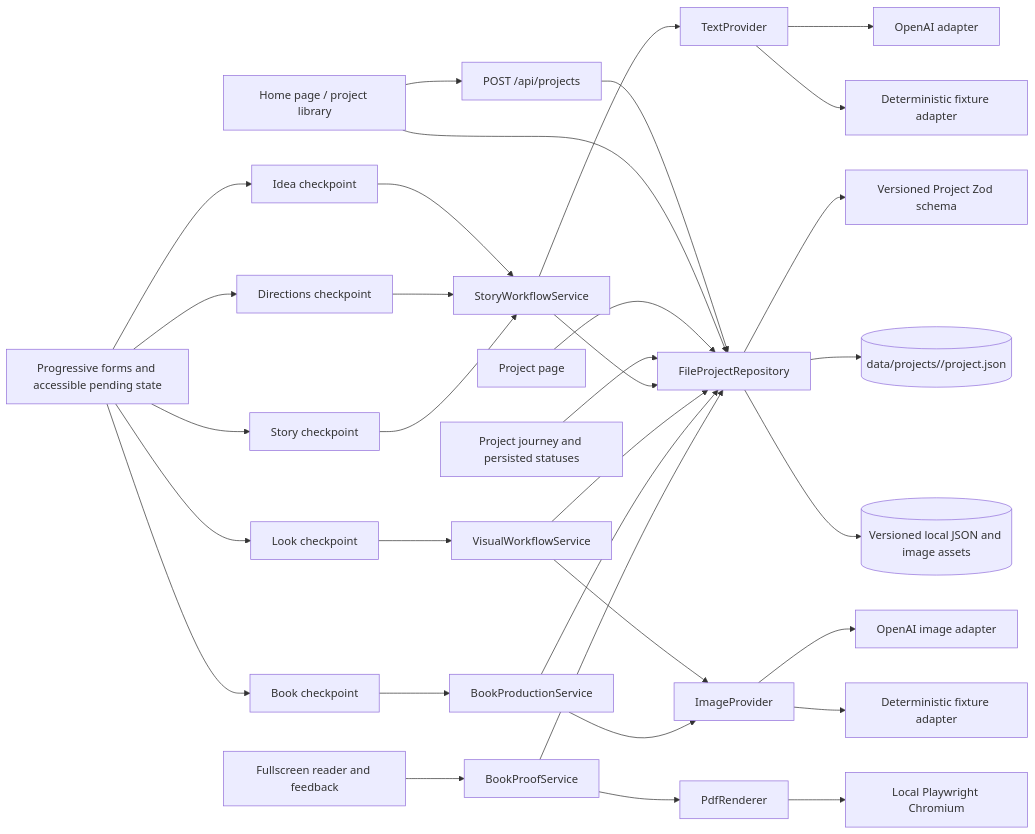
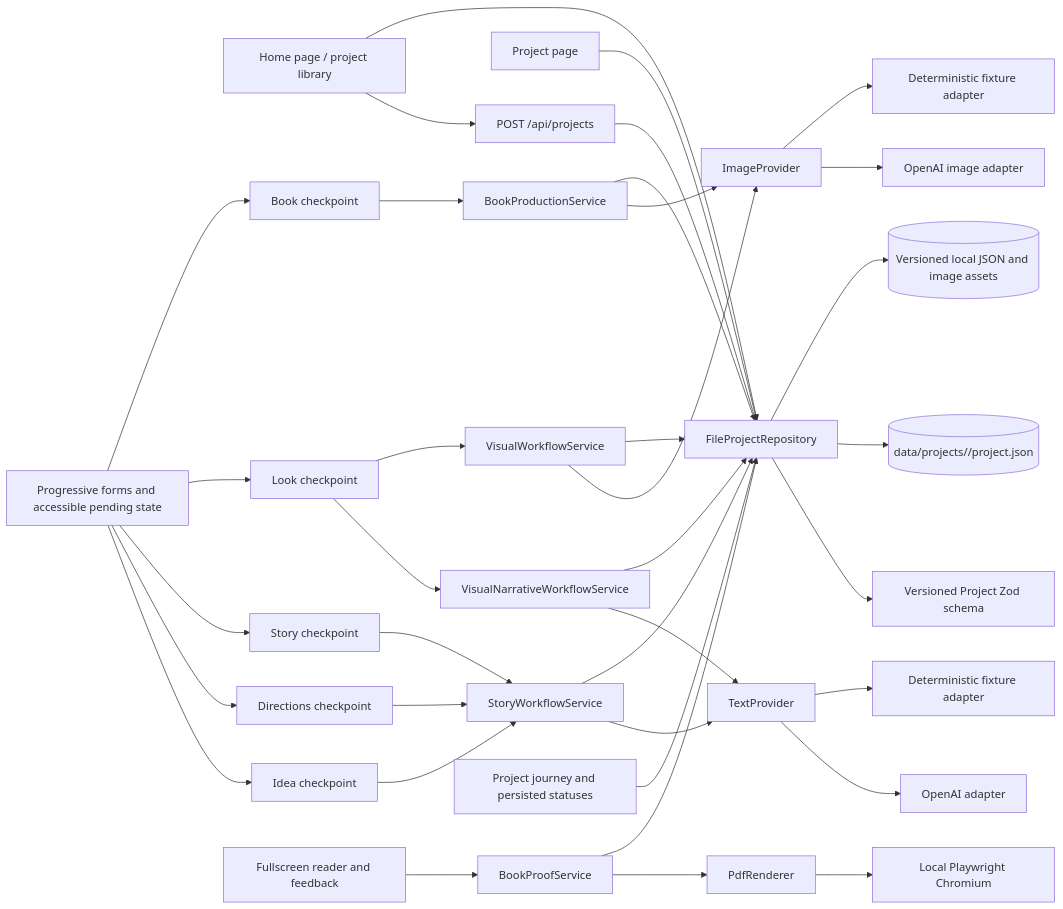
The fourth of 4 diagrams in ARCHITECTURE.md (bhadrip/kids-book-gen), drawn with Mermaid before and after one commit. The commit also changed other lines of this file and 39 other files, not shown here.

````diff
--- a/ARCHITECTURE.md
+++ b/ARCHITECTURE.md
@@ -93,35 +97,38 @@
 ```mermaid
 flowchart LR
   Home[Home page / project library] --> Create[POST /api/projects]
   Create --> Repo[FileProjectRepository]
   Home --> Repo
   Project[Project page] --> Repo
   Idea[Idea checkpoint] --> Workflow[StoryWorkflowService]
   Directions[Directions checkpoint] --> Workflow
   Story[Story checkpoint] --> Workflow
+  Look[Look checkpoint] --> VisualNarrative[VisualNarrativeWorkflowService]
   Look[Look checkpoint] --> VisualWorkflow[VisualWorkflowService]
   Book[Book checkpoint] --> ProductionWorkflow[BookProductionService]
   Reader[Fullscreen reader and feedback] --> ProofWorkflow[BookProofService]
   Shell[Project journey and persisted statuses] --> Repo
   Forms[Progressive forms and accessible pending state] --> Idea
   Forms --> Directions
   Forms --> Story
   Forms --> Look
   Forms --> Book
   Workflow --> Provider[TextProvider]
   Provider --> OpenAI[OpenAI adapter]
   Provider --> Fixture[Deterministic fixture adapter]
   Workflow --> Repo
+  VisualNarrative --> Provider
+  VisualNarrative --> Repo
   VisualWorkflow --> ImageProvider[ImageProvider]
   ImageProvider --> OpenAIImages[OpenAI image adapter]
   ImageProvider --> ImageFixture[Deterministic fixture adapter]
   VisualWorkflow --> Repo
   ProductionWorkflow --> ImageProvider
   ProductionWorkflow --> Repo
   ProofWorkflow --> PdfRenderer[PdfRenderer]
   PdfRenderer --> LocalChromium[Local Playwright Chromium]
   ProofWorkflow --> Repo
   Repo --> Schema[Versioned Project Zod schema]
   Repo --> File[(data/projects/<project-id>/project.json)]
   Repo --> Assets[(Versioned local JSON and image assets)]
 ```
````
